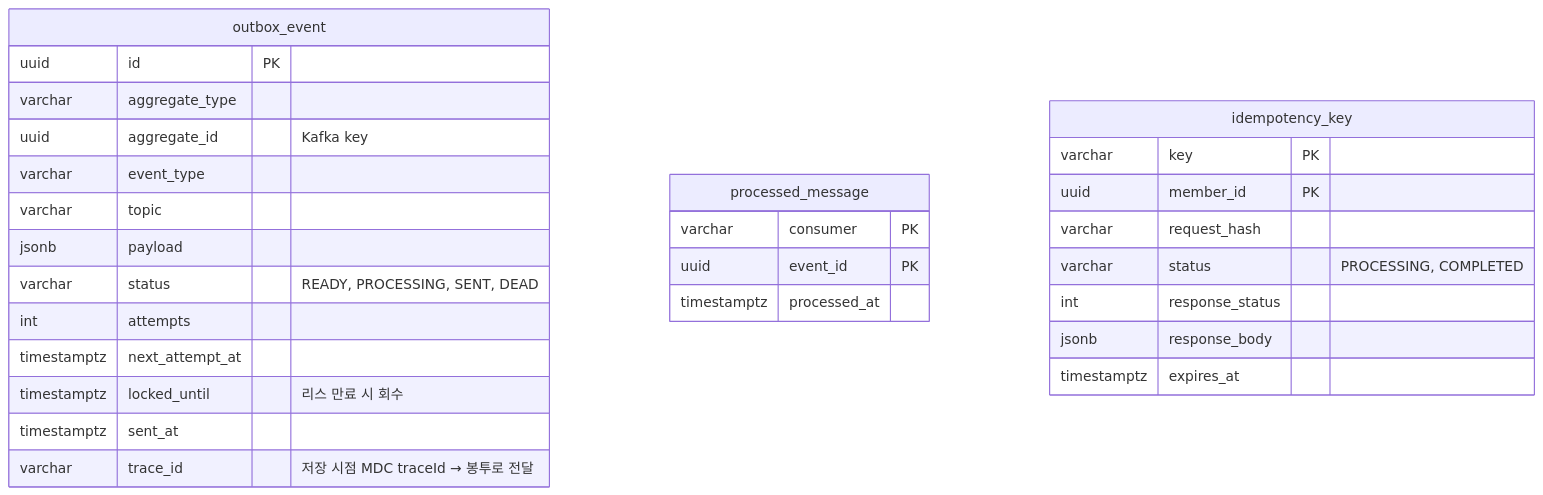
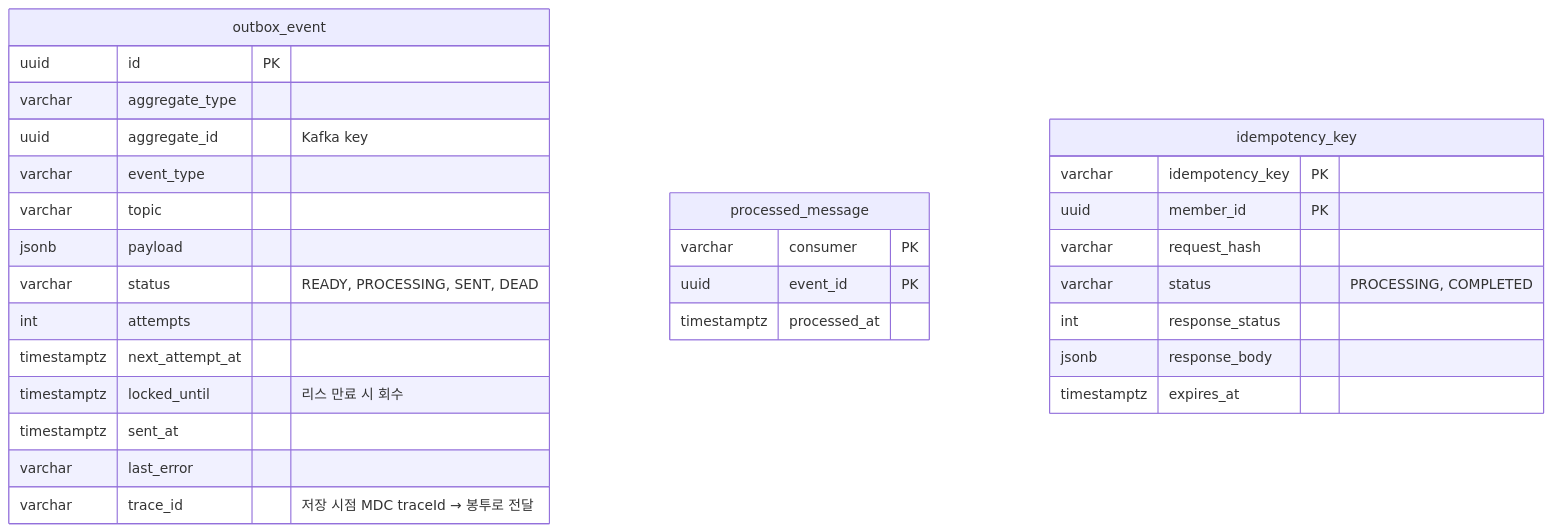
Before and after one commit to 95twan/myroutine-v2: the tenth of 10 diagrams in docs/02-design/03-erd.md, drawn with Mermaid. The commit also changed other lines of this file and 27 other files, not shown here.

````diff
--- a/docs/02-design/03-erd.md
+++ b/docs/02-design/03-erd.md
@@ -467,31 +410,32 @@
 ```mermaid
 erDiagram
   outbox_event {
     uuid id PK
     varchar aggregate_type
     uuid aggregate_id "Kafka key"
     varchar event_type
     varchar topic
     jsonb payload
     varchar status "READY, PROCESSING, SENT, DEAD"
     int attempts
     timestamptz next_attempt_at
     timestamptz locked_until "리스 만료 시 회수"
     timestamptz sent_at
+    varchar last_error
     varchar trace_id "저장 시점 MDC traceId → 봉투로 전달"
   }
   processed_message {
     varchar consumer PK
     uuid event_id PK
     timestamptz processed_at
   }
   idempotency_key {
-    varchar key PK
+    varchar idempotency_key PK
     uuid member_id PK
     varchar request_hash
     varchar status "PROCESSING, COMPLETED"
     int response_status
     jsonb response_body
     timestamptz expires_at
   }
 ```
````
